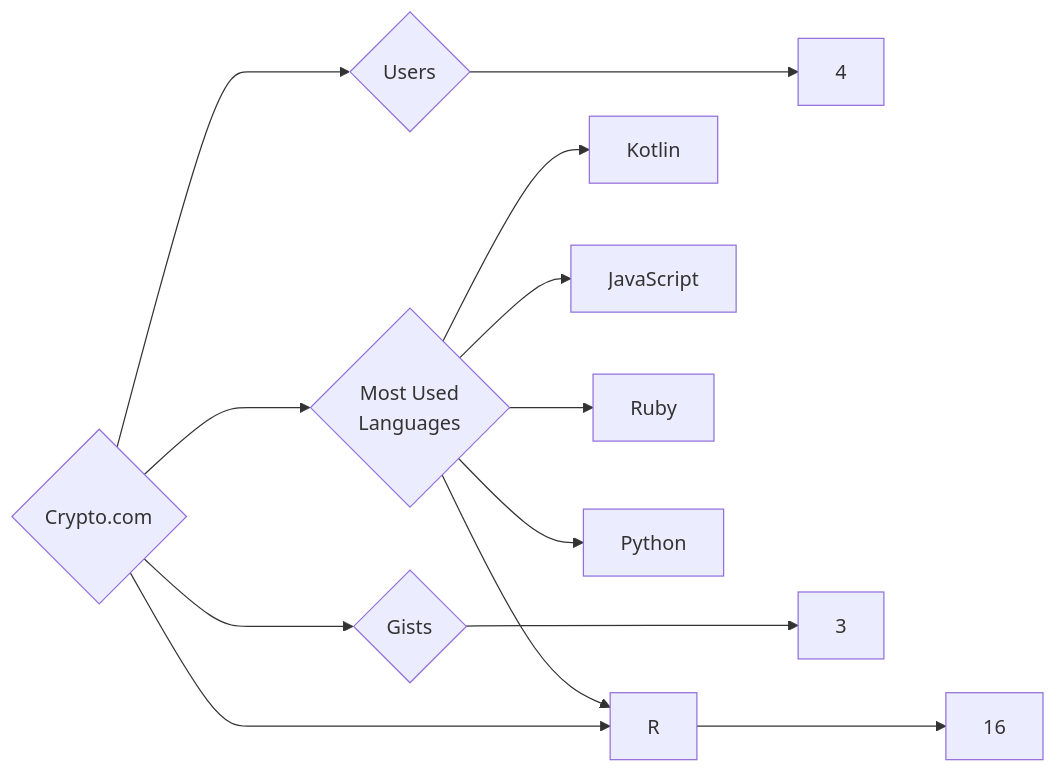
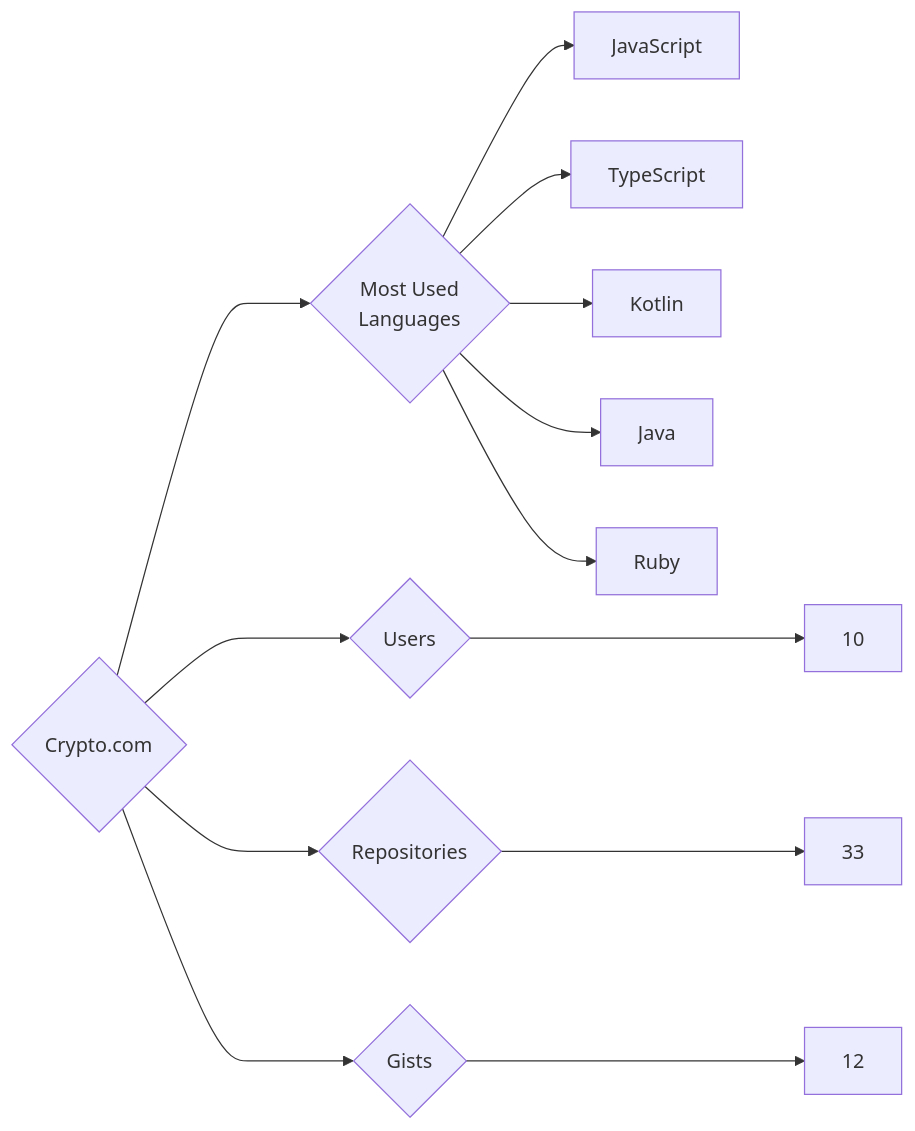
Before and after one commit to trickest/insiders: the diagram in targets/Crypto.com/README.md, drawn with Mermaid. The commit also changed 1120 other files, not shown here.

````diff
--- a/targets/Crypto.com/README.md
+++ b/targets/Crypto.com/README.md
@@ -3,13 +3,13 @@
 ```mermaid
 graph LR
 COMPANY_NAME{Crypto.com}
-COMPANY_NAME ---> U{Users} ---> UN[4]
-COMPANY_NAME ---> R{Repositories} ---> RN[16]
-COMPANY_NAME ---> G{Gists} ---> GN[3]
+COMPANY_NAME ---> U{Users} ---> UN[10]
+COMPANY_NAME ---> R{Repositories} ---> RN[33]
+COMPANY_NAME ---> G{Gists} ---> GN[12]
 COMPANY_NAME ---> ML{Most Used<br>Languages}
+ML --> JavaScript[JavaScript]
+ML --> TypeScript[TypeScript]
 ML --> Kotlin[Kotlin]
-ML --> JavaScript[JavaScript]
-ML --> R[R]
+ML --> Java[Java]
 ML --> Ruby[Ruby]
-ML --> Python[Python]
 ```
````
